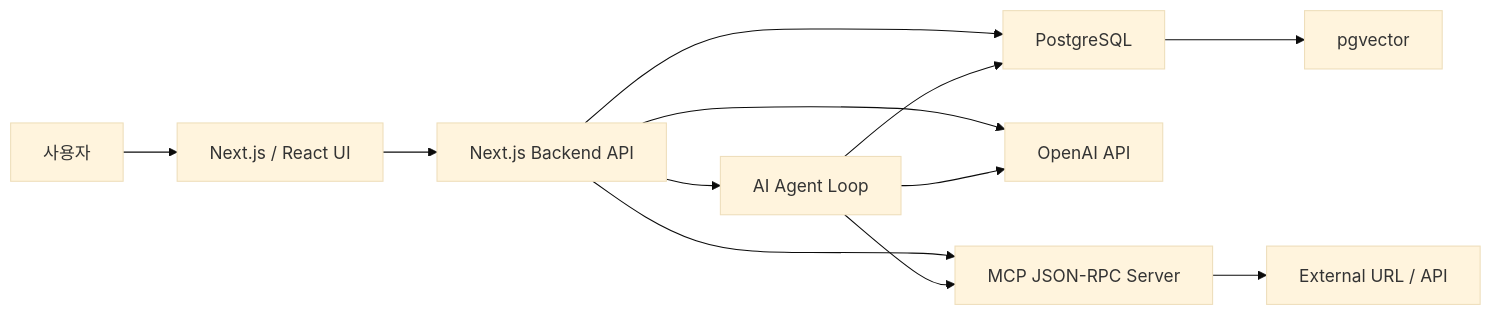
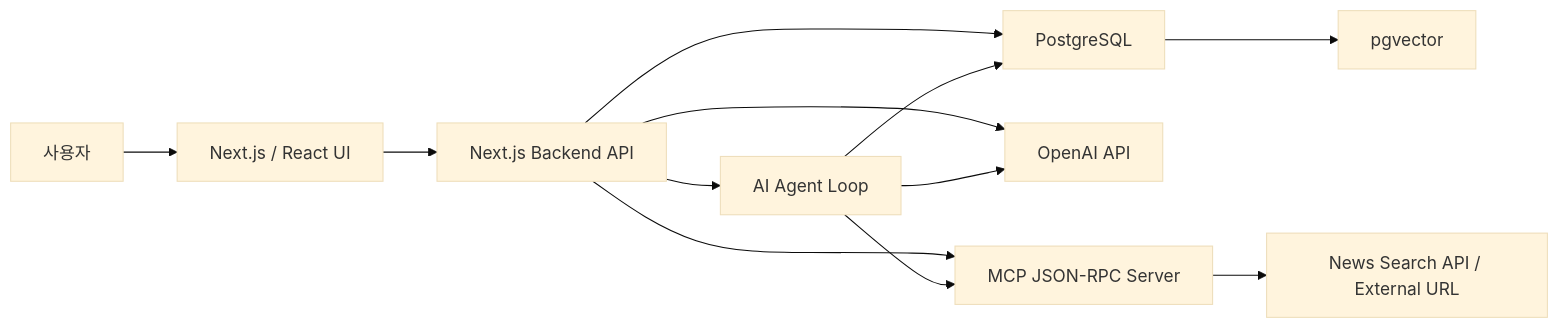
One commit to seok3m4/AI_w15-16 changed the diagram in README.md. Above: the diagram before and after it, drawn with Mermaid (base theme). The commit also changed other lines of this file, not shown here.

````diff
--- a/README.md
+++ b/README.md
@@ -50,14 +50,14 @@
 ```mermaid
 flowchart LR
     User["사용자"] --> Web["Next.js / React UI"]
     Web --> API["Next.js Backend API"]
     API --> DB["PostgreSQL"]
     DB --> Vector["pgvector"]
     API --> LLM["OpenAI API"]
     API --> MCP["MCP JSON-RPC Server"]
-    MCP --> External["External URL / API"]
+    MCP --> External["News Search API / External URL"]
     API --> Agent["AI Agent Loop"]
     Agent --> LLM
     Agent --> DB
     Agent --> MCP
 ```
````
